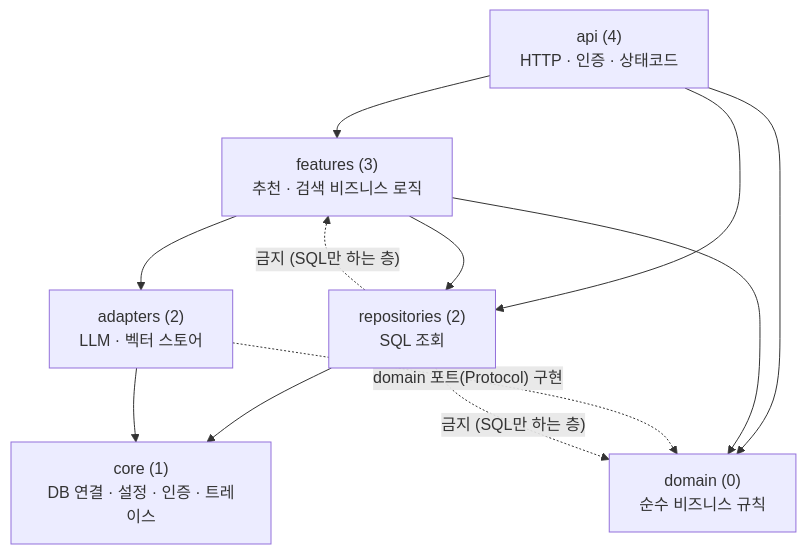
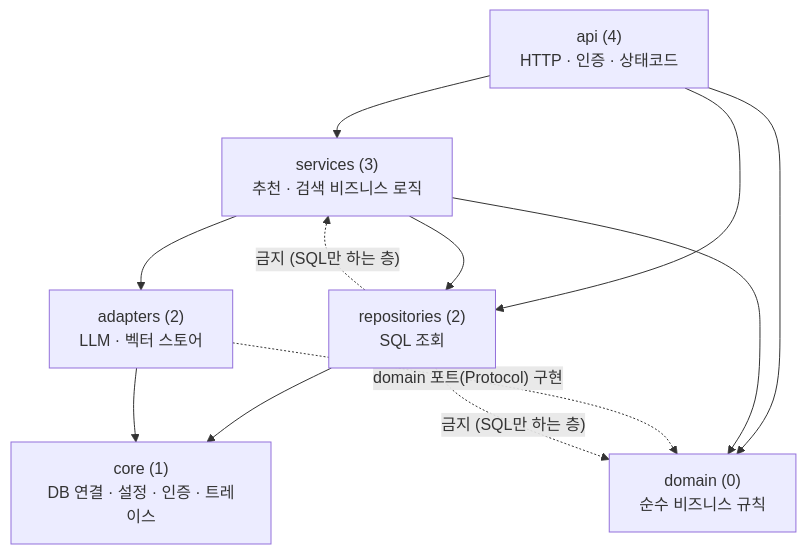
Before and after one commit to TodayWhatDish/dev-data-embed: the first of 2 diagrams in README.md, drawn with Mermaid. The commit also changed other lines of this file and 51 other files, not shown here.

````diff
--- a/README.md
+++ b/README.md
@@ -33,22 +33,22 @@
 ```mermaid
 flowchart TB
     api["api (4)<br/>HTTP · 인증 · 상태코드"]
-    features["features (3)<br/>추천 · 검색 비즈니스 로직"]
+    services["services (3)<br/>추천 · 검색 비즈니스 로직"]
     repo["repositories (2)<br/>SQL 조회"]
     adapters["adapters (2)<br/>LLM · 벡터 스토어"]
     core["core (1)<br/>DB 연결 · 설정 · 인증 · 트레이스"]
     domain["domain (0)<br/>순수 비즈니스 규칙"]
 
-    api --> features
+    api --> services
     api --> repo
     api --> domain
-    features --> repo
-    features --> adapters
-    features --> domain
+    services --> repo
+    services --> adapters
+    services --> domain
     repo --> core
     adapters --> core
     adapters -.->|"domain 포트(Protocol) 구현"| domain
 
     repo -.->|"금지 (SQL만 하는 층)"| domain
-    repo -.->|"금지 (SQL만 하는 층)"| features
+    repo -.->|"금지 (SQL만 하는 층)"| services
 ```
````
